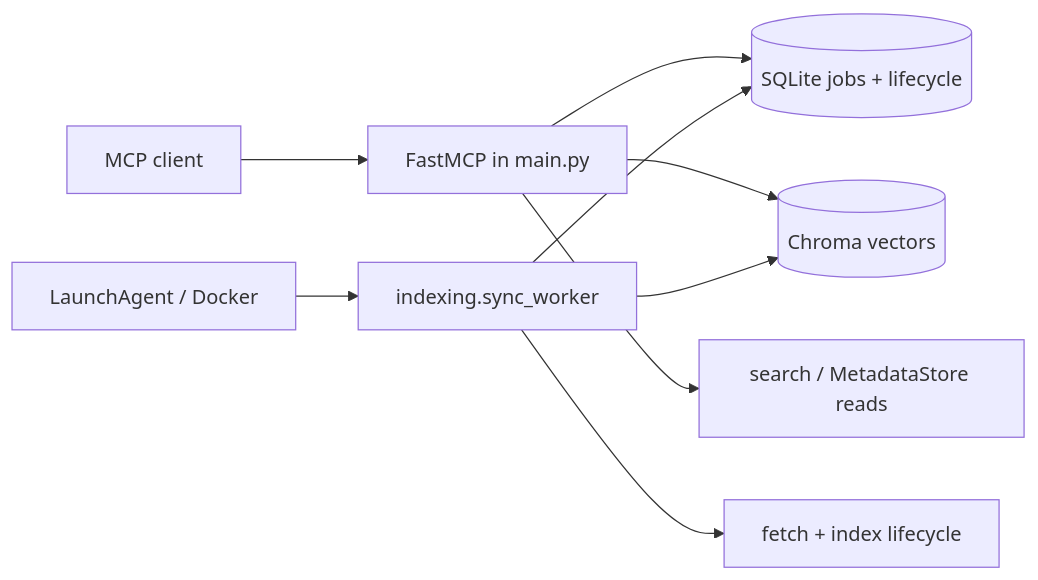
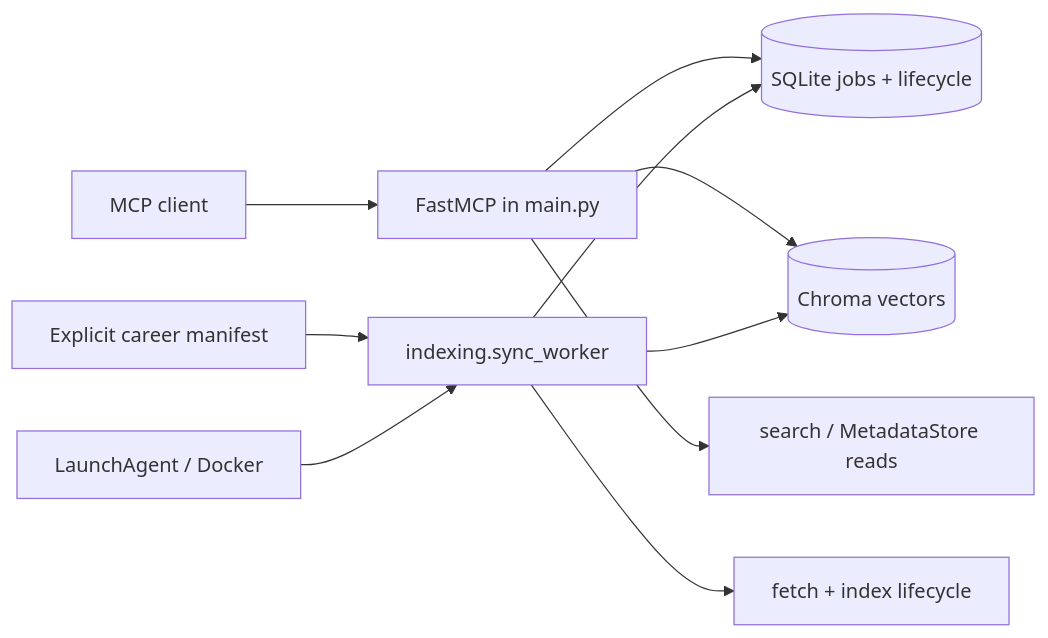
The first of 4 diagrams in .agents/docs/architecture.md (eunhwa99/MCPContentSearch), drawn with Mermaid before and after one commit. The commit also changed other lines of this file and 116 other files, not shown here.

````diff
--- a/.agents/docs/architecture.md
+++ b/.agents/docs/architecture.md
@@ -5,11 +5,12 @@
 ```mermaid
 flowchart LR
   Client[MCP client] --> FastMCP[FastMCP in main.py]
+  Manifest[Explicit career manifest] --> Worker
   LaunchAgent[LaunchAgent / Docker] --> Worker["indexing.sync_worker"]
   FastMCP --> SQLite[(SQLite jobs + lifecycle)]
   Worker --> SQLite
   FastMCP --> Chroma[(Chroma vectors)]
   Worker --> Chroma
   FastMCP --> Search[search / MetadataStore reads]
   Worker --> Index[fetch + index lifecycle]
 ```
````
